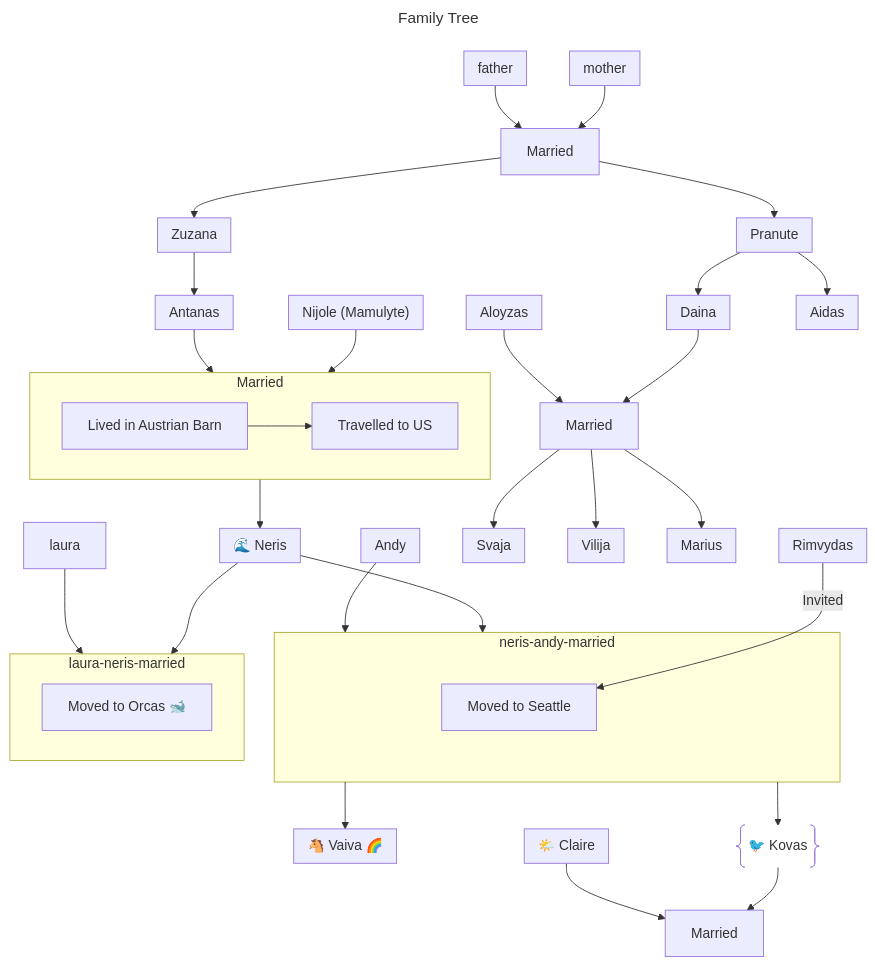
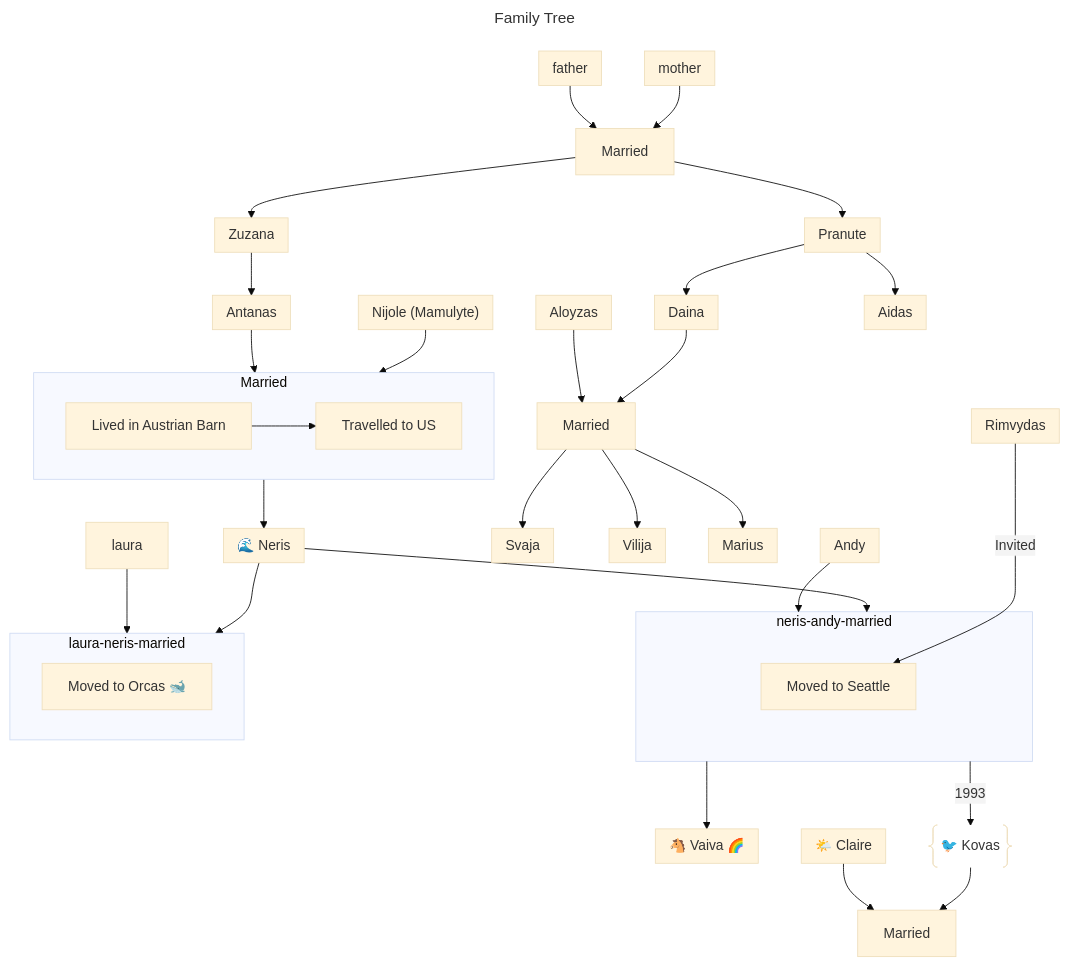
One commit to ViscousTests/website changed the diagram in content/docs/history/family.md. Above: the diagram before and after it, drawn with Mermaid.

Commit message:
some themeing changes

```diff
--- a/content/docs/history/family.md
+++ b/content/docs/history/family.md
@@ -11,6 +11,16 @@
 ---
 title: Family Tree
 ---
+%%{
+  init: {
+    'theme': 'base',
+    'themeVariables': {
+      'background': '#f4f4f4',
+      'edgeLabelBackground': '#f4f4f4',
+      'secondaryColor': '#f4f4f4'
+    }
+  }
+}%%
 flowchart TB;
 
   %% Types of nodes with distinctive styles
@@ -88,7 +98,7 @@
 
   subgraph rim["Rimvydas"]
   end
-  rim-->|Invited| palunas-seattle 
+  rim--->|Invited| palunas-seattle 
 
   antanas-nijole-married-->neris
   subgraph neris["🌊 Neris"]
@@ -109,7 +119,7 @@
   orcas-move["Moved to Orcas 🐋"]
   end
 
-  neris-andy-married-->kovas
+  neris-andy-married-->|1993|kovas
   kovas["🐦 Kovas"]@{ shape: braces }
   kovas-->kovas-claire-married
 
```
